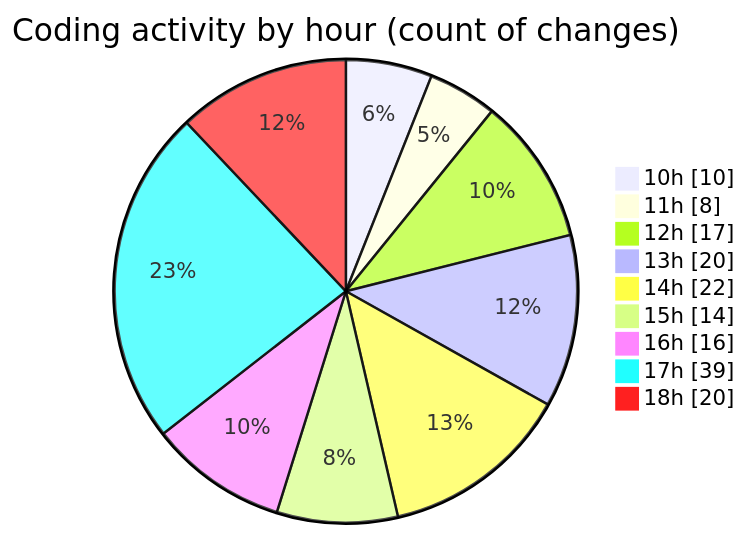
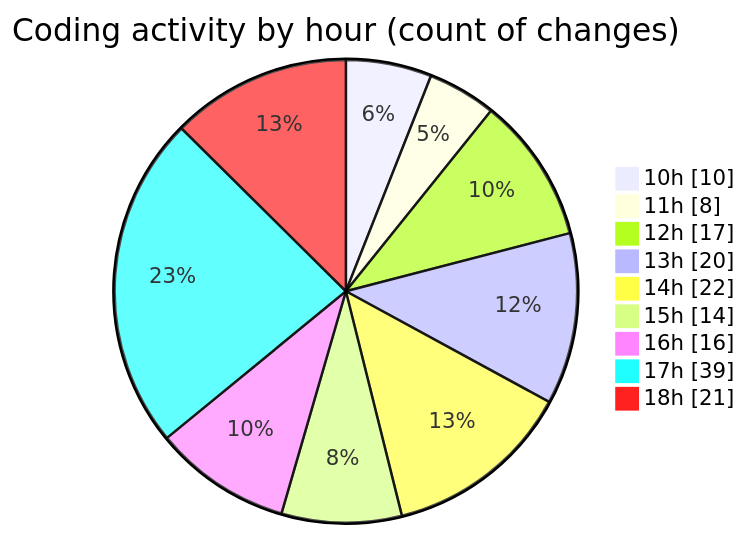
The second of 2 diagrams in 2025-12-03/cda/README.md (momahboobian/code-tracking), drawn with Mermaid before and after one commit. The commit also changed other lines of this file and 1 other file, not shown here.

````diff
--- a/2025-12-03/cda/README.md
+++ b/2025-12-03/cda/README.md
@@ -44,13 +44,13 @@
 ```mermaid
 pie showData
 title Coding activity by hour (count of changes)
 "10h" : 10
 "11h" : 8
 "12h" : 17
 "13h" : 20
 "14h" : 22
 "15h" : 14
 "16h" : 16
 "17h" : 39
-"18h" : 20
+"18h" : 21
 ```
````
